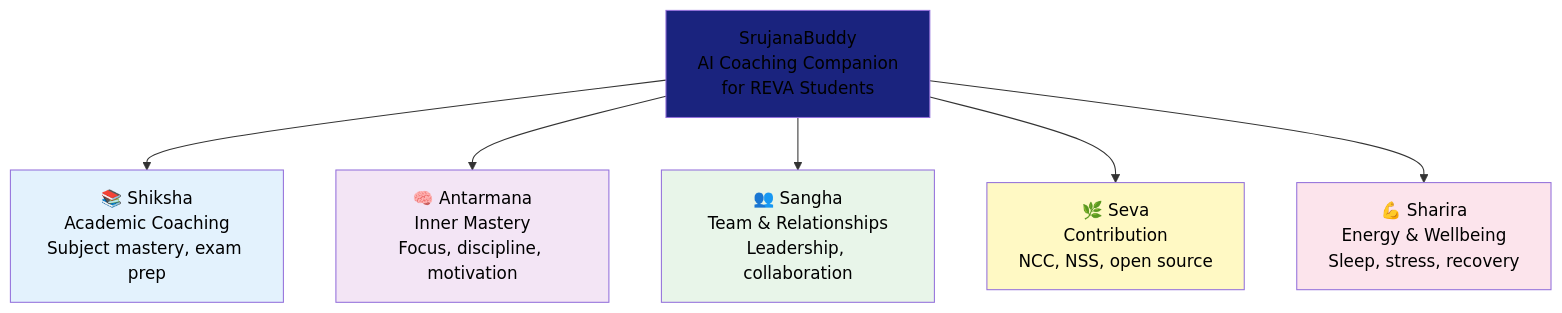
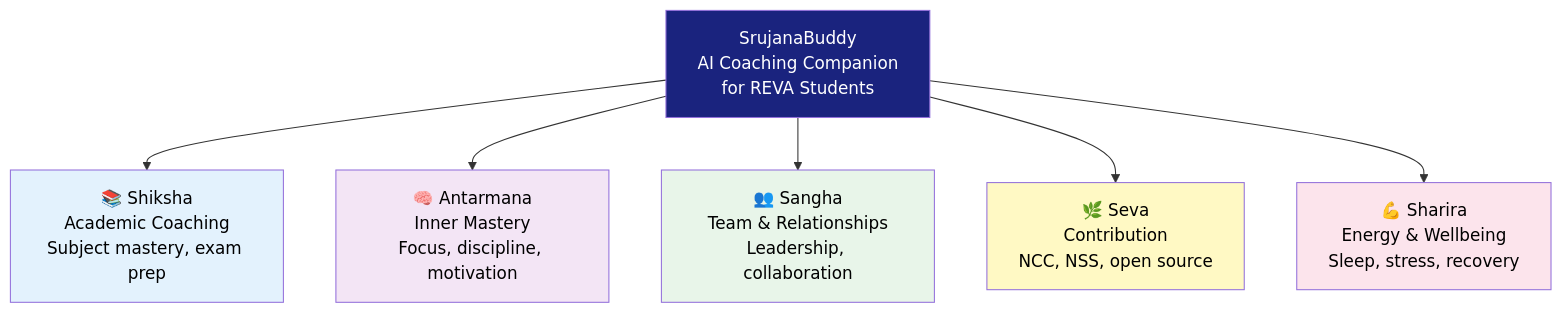
Before and after one commit to sanchitnis/SrujanaBuddy: the sixth of 15 diagrams in review/srujanabuddy-leadership-demo-v1.0.md, drawn with Mermaid. The commit also changed other lines of this file and 4 other files, not shown here.

````diff
--- a/review/srujanabuddy-leadership-demo-v1.0.md
+++ b/review/srujanabuddy-leadership-demo-v1.0.md
@@ -206,17 +206,17 @@
 ```mermaid
 graph TB
     SB["SrujanaBuddy\nAI Coaching Companion\nfor REVA Students"]
 
     SB --> C1["📚 Shiksha\nAcademic Coaching\nSubject mastery, exam prep"]
     SB --> C2["🧠 Antarmana\nInner Mastery\nFocus, discipline, motivation"]
     SB --> C3["👥 Sangha\nTeam & Relationships\nLeadership, collaboration"]
     SB --> C4["🌿 Seva\nContribution\nNCC, NSS, open source"]
     SB --> C5["💪 Sharira\nEnergy & Wellbeing\nSleep, stress, recovery"]
 
-    style SB fill:#1a237e,color:#000
+    style SB fill:#1a237e,color:#ffffff
     style C1 fill:#e3f2fd,color:#000
     style C2 fill:#f3e5f5,color:#000
     style C3 fill:#e8f5e9,color:#000
     style C4 fill:#fff9c4,color:#000
     style C5 fill:#fce4ec,color:#000
 ```
````
